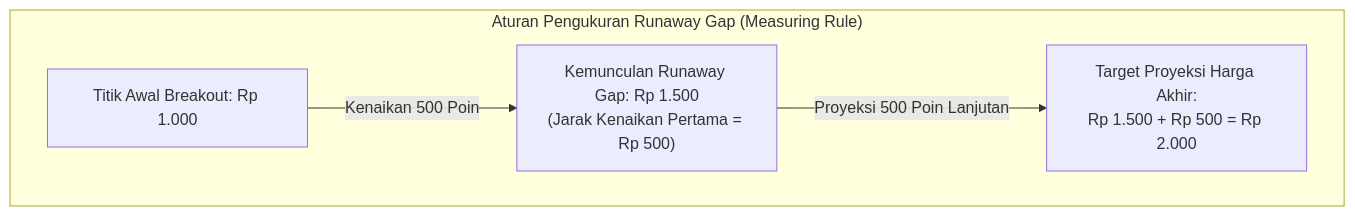
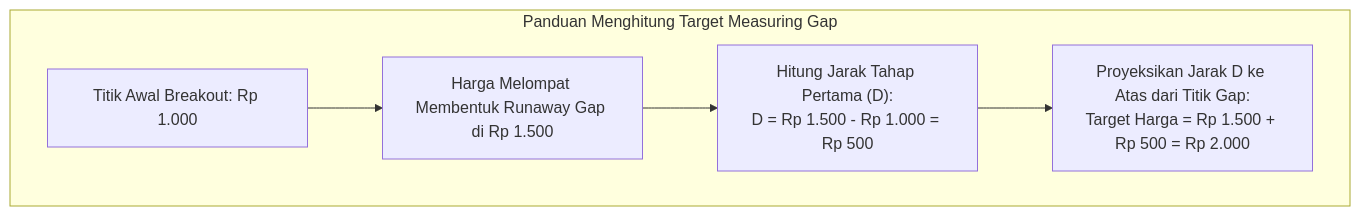
The fourth of 5 diagrams in docs/edianto-ong/20-gaps.md (AlulCode45/Trading-Learning-Path), drawn with Mermaid before and after one commit. The commit also changed other lines of this file and 29 other files, not shown here.

Commit message:
docs(edianto-ong): upgrade all 29 chapters with beginner analogies, diagrams, step-by-step guides, and case studies

````diff
--- a/docs/edianto-ong/20-gaps.md
+++ b/docs/edianto-ong/20-gaps.md
@@ -64,10 +102,8 @@
 ```mermaid
 flowchart TD
-    subgraph MeasuringGapFormula["Aturan Pengukuran Runaway Gap (Measuring Rule)"]
-        L1["Titik Awal Breakout: Rp 1.000"]
-        GapPoint["Kemunculan Runaway Gap: Rp 1.500<br/>(Jarak Kenaikan Pertama = Rp 500)"]
-        TargetPrice["Target Proyeksi Harga Akhir:<br/>Rp 1.500 + Rp 500 = Rp 2.000"]
+    subgraph MeasuringGapCalc["Panduan Menghitung Target Measuring Gap"]
+        T1["Titik Awal Breakout: Rp 1.000"] --> T2["Harga Melompat Membentuk Runaway Gap di Rp 1.500"]
+        T2 --> T3["Hitung Jarak Tahap Pertama (D):<br/>D = Rp 1.500 - Rp 1.000 = Rp 500"]
+        T3 --> T4["Proyeksikan Jarak D ke Atas dari Titik Gap:<br/>Target Harga = Rp 1.500 + Rp 500 = Rp 2.000"]
     end
-
-    L1 -->|Kenaikan 500 Poin| GapPoint -->|Proyeksi 500 Poin Lanjutan| TargetPrice
 ```
````
